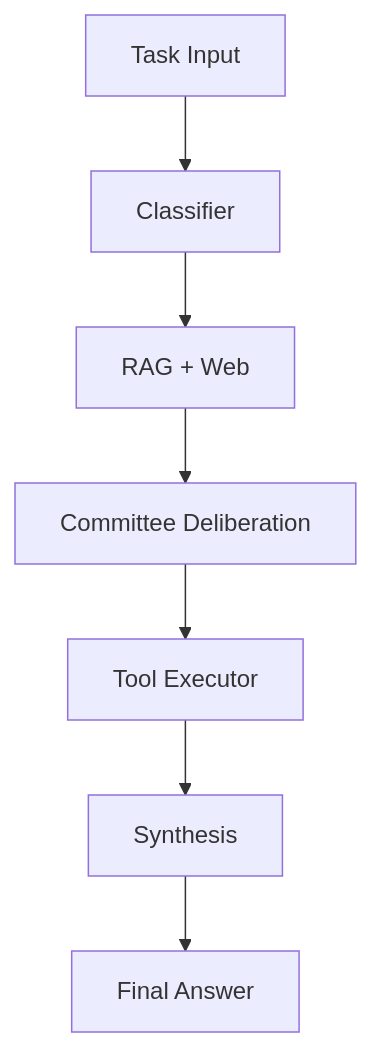
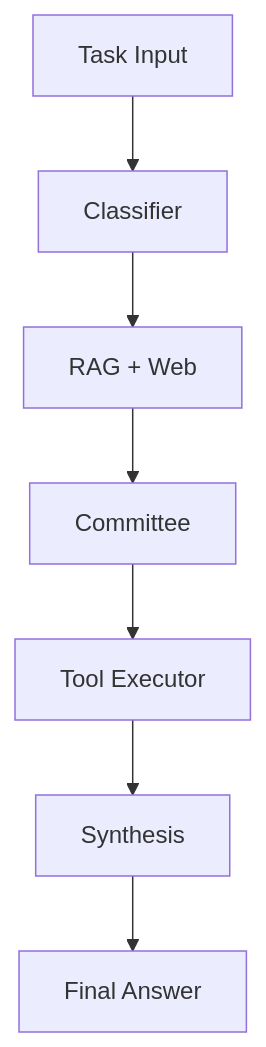
Before and after one commit to Omdeepb69/SumoSpace: the diagram in README.md, drawn with Mermaid. The commit also changed other lines of this file and 1 other file, not shown here.

````diff
--- a/README.md
+++ b/README.md
@@ -88,9 +81,9 @@
 ```mermaid
 graph TD
     Input[Task Input] --> Classifier[Classifier]
     Classifier --> RAG[RAG + Web]
-    RAG --> Committee[Committee Deliberation]
+    RAG --> Committee[Committee]
     Committee --> Executor[Tool Executor]
     Executor --> Synthesis[Synthesis]
     Synthesis --> Output[Final Answer]
 ```
````
